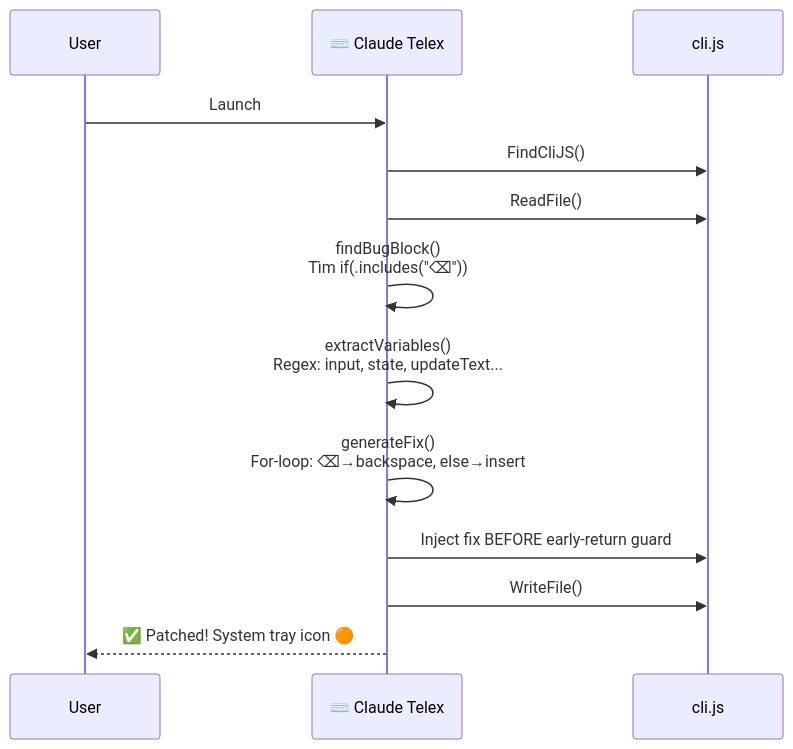
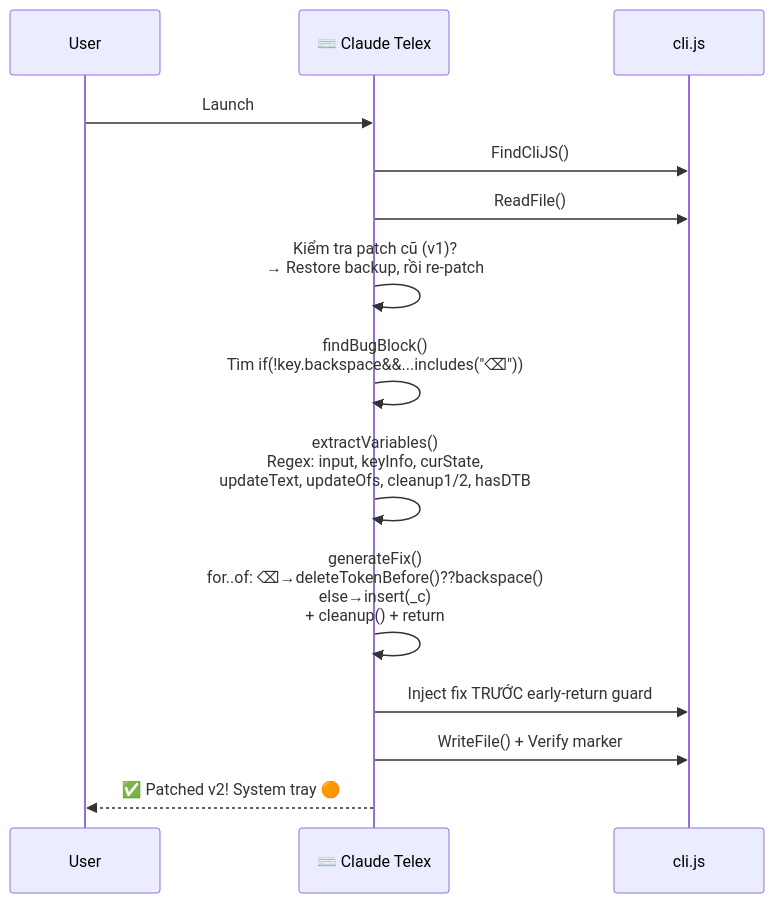
Before and after one commit to nguyenhx2/Claude-Telex: the third of 6 diagrams in README.md, drawn with Mermaid. The commit also changed other lines of this file, not shown here.

Commit message:
docs: update README with v2 patch algorithm, root cause analysis, dev commands

````diff
--- a/README.md
+++ b/README.md
@@ -139,16 +161,17 @@
 ```mermaid
 sequenceDiagram
     participant U as User
     participant CT as ⌨️ Claude Telex
     participant JS as cli.js
-    
+
     U->>CT: Launch
     CT->>JS: FindCliJS()
     CT->>JS: ReadFile()
-    CT->>CT: findBugBlock()<br/>Tìm if(.includes("⌫"))
-    CT->>CT: extractVariables()<br/>Regex: input, state, updateText...
-    CT->>CT: generateFix()<br/>For-loop: ⌫→backspace, else→insert
-    CT->>JS: Inject fix BEFORE early-return guard
-    CT->>JS: WriteFile()
-    CT-->>U: ✅ Patched! System tray icon 🟠
+    CT->>CT: Kiểm tra patch cũ (v1)?<br/>→ Restore backup, rồi re-patch
+    CT->>CT: findBugBlock()<br/>Tìm if(!key.backspace&&...includes("⌫"))
+    CT->>CT: extractVariables()<br/>Regex: input, keyInfo, curState,<br/>updateText, updateOfs, cleanup1/2, hasDTB
+    CT->>CT: generateFix()<br/>for..of: ⌫→deleteTokenBefore()??backspace()<br/>else→insert(_c)<br/>+ cleanup() + return
+    CT->>JS: Inject fix TRƯỚC early-return guard
+    CT->>JS: WriteFile() + Verify marker
+    CT-->>U: ✅ Patched v2! System tray 🟠
 ```
````
